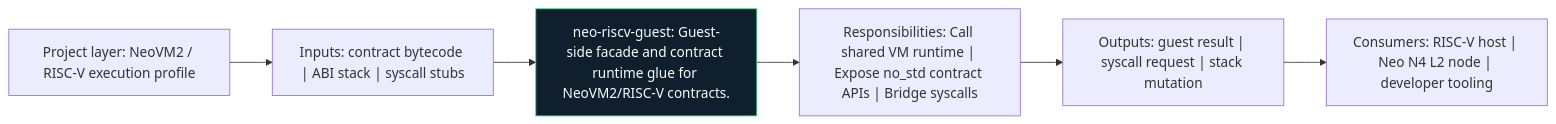
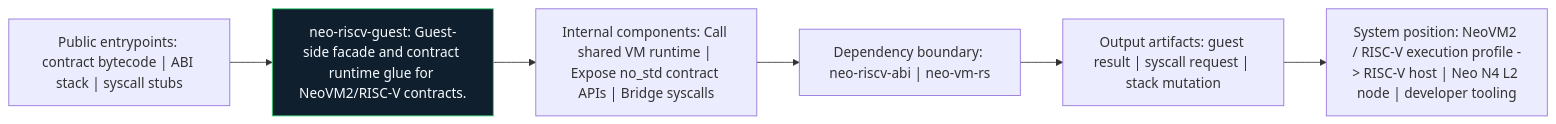
The diagram in crates/neo-riscv-guest/docs/figures/architecture.mmd (r3e-network/neo-riscv-vm), drawn with Mermaid before and after one commit. The commit also changed 207 other files, not shown here.

```diff
--- a/crates/neo-riscv-guest/docs/figures/architecture.mmd
+++ b/crates/neo-riscv-guest/docs/figures/architecture.mmd
@@ -1,14 +1,14 @@
 flowchart LR
-    N1["Project layer: NeoVM2 / RISC-V execution profile"]
-    N2["Inputs: contract bytecode | ABI stack | syscall stubs"]
-    N3["neo-riscv-guest: Guest-side facade and contract runtime glue for NeoVM2/RISC-V contracts."]
-    N4["Responsibilities: Call shared VM runtime | Expose no_std contract APIs | Bridge syscalls"]
-    N5["Outputs: guest result | syscall request | stack mutation"]
-    N6["Consumers: RISC-V host | Neo N4 L2 node | developer tooling"]
+    N1["Public entrypoints: contract bytecode | ABI stack | syscall stubs"]
+    N2["neo-riscv-guest: Guest-side facade and contract runtime glue for NeoVM2/RISC-V contracts."]
+    N3["Internal components: Call shared VM runtime | Expose no_std contract APIs | Bridge syscalls"]
+    N4["Dependency boundary: neo-riscv-abi | neo-vm-rs"]
+    N5["Output artifacts: guest result | syscall request | stack mutation"]
+    N6["System position: NeoVM2 / RISC-V execution profile -> RISC-V host | Neo N4 L2 node | developer tooling"]
     N1 --> N2
     N2 --> N3
     N3 --> N4
     N4 --> N5
     N5 --> N6
     classDef crate fill:#101f2d,stroke:#38d978,color:#f6fbff
-    class N3 crate
+    class N2 crate
```
